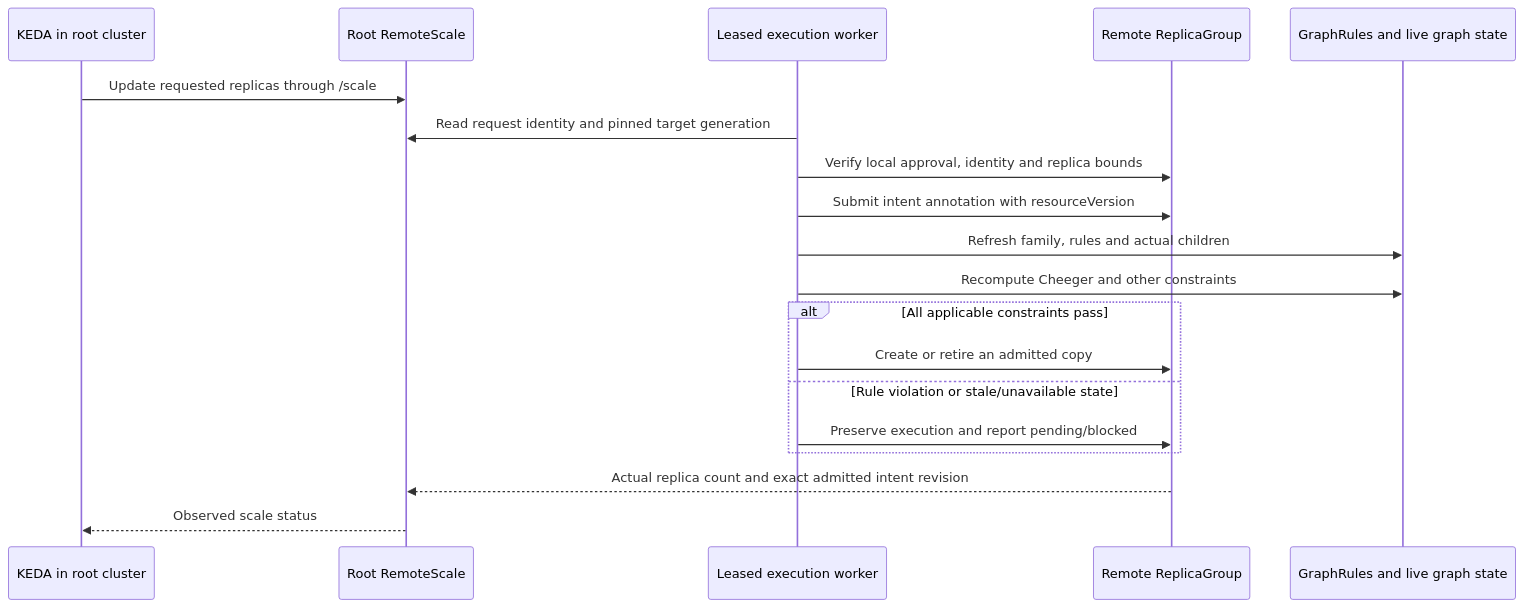
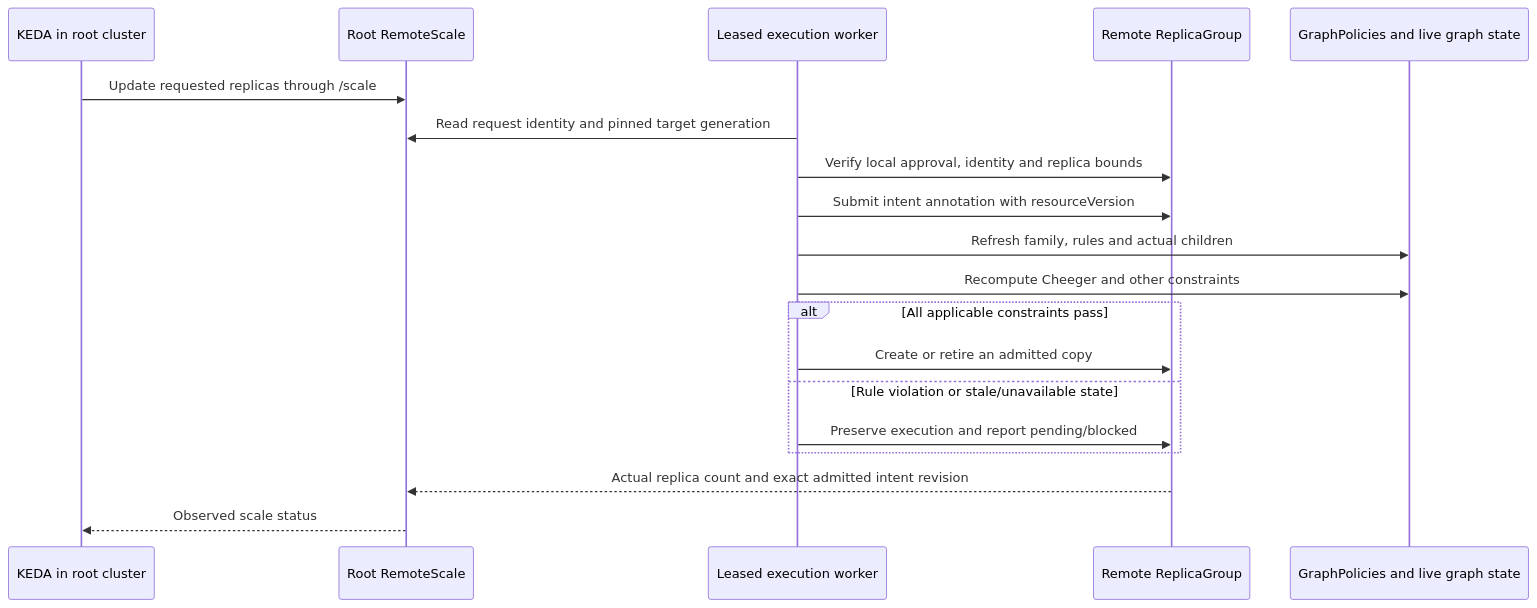
The second of 4 diagrams in docs/deployment/root-control-plane.md (astrivant/polyad), drawn with Mermaid before and after one commit. The commit also changed other lines of this file and 182 other files, not shown here.

Commit message:
GraphPolicies rename

````diff
--- a/docs/deployment/root-control-plane.md
+++ b/docs/deployment/root-control-plane.md
@@ -284,21 +284,21 @@
 ```mermaid
 sequenceDiagram
     participant K as KEDA in root cluster
     participant R as Root RemoteScale
     participant W as Leased execution worker
     participant G as Remote ReplicaGroup
-    participant P as GraphRules and live graph state
+    participant P as GraphPolicies and live graph state
     K->>R: Update requested replicas through /scale
     W->>R: Read request identity and pinned target generation
     W->>G: Verify local approval, identity and replica bounds
     W->>G: Submit intent annotation with resourceVersion
     W->>P: Refresh family, rules and actual children
     W->>P: Recompute Cheeger and other constraints
     alt All applicable constraints pass
         W->>G: Create or retire an admitted copy
     else Rule violation or stale/unavailable state
         W->>G: Preserve execution and report pending/blocked
     end
     G-->>R: Actual replica count and exact admitted intent revision
     R-->>K: Observed scale status
 ```
````
